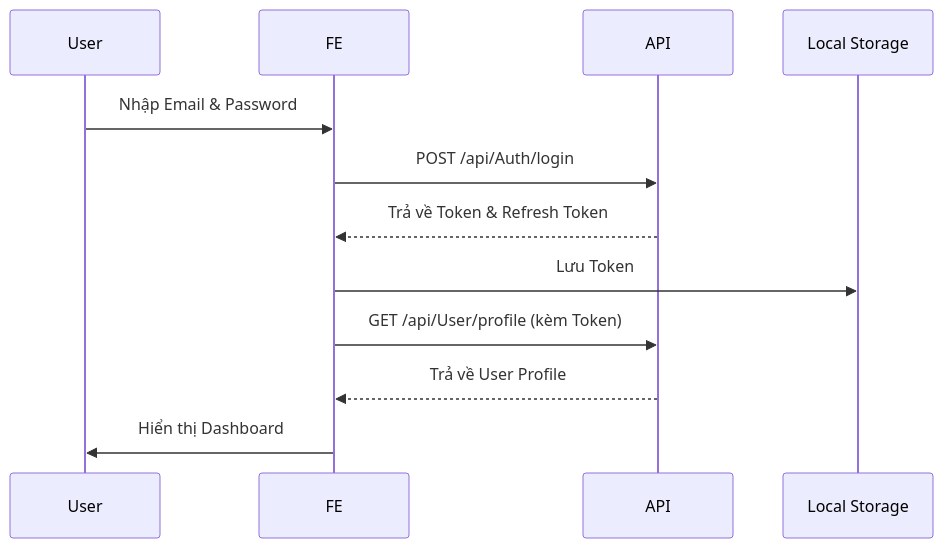
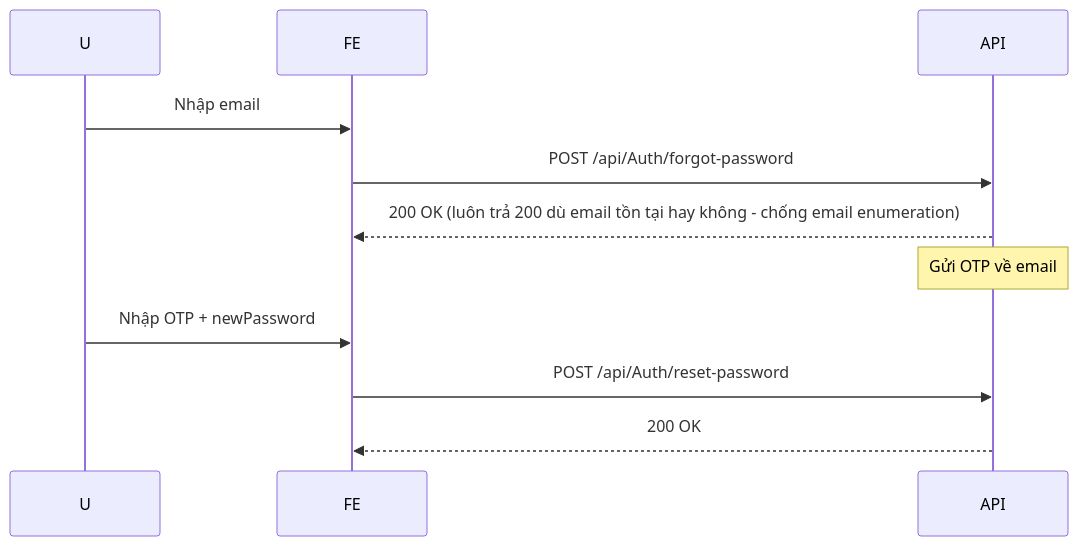
Before and after one commit to SWP391-SU26-SE1923-GROUP5/BE-SWP: the third of 10 diagrams in docs/FRONTEND_GUIDE.md, drawn with Mermaid. The commit also changed other lines of this file, not shown here.

First line of the commit message:
docs(frontend): refresh FRONTEND_GUIDE with new API endpoints and tier pricing

````diff
--- a/docs/FRONTEND_GUIDE.md
+++ b/docs/FRONTEND_GUIDE.md
@@ -25,10 +85,10 @@
 ```mermaid
 sequenceDiagram
-    User->>FE: Nhập Email & Password
-    FE->>API: POST /api/Auth/login
-    API-->>FE: Trả về Token & Refresh Token
-    FE->>Local Storage: Lưu Token
-    FE->>API: GET /api/User/profile (kèm Token)
-    API-->>FE: Trả về User Profile
-    FE->>User: Hiển thị Dashboard
+    U->>FE: Nhập email
+    FE->>API: POST /api/Auth/forgot-password
+    API-->>FE: 200 OK (luôn trả 200 dù email tồn tại hay không - chống email enumeration)
+    Note over API: Gửi OTP về email
+    U->>FE: Nhập OTP + newPassword
+    FE->>API: POST /api/Auth/reset-password
+    API-->>FE: 200 OK
 ```
````
